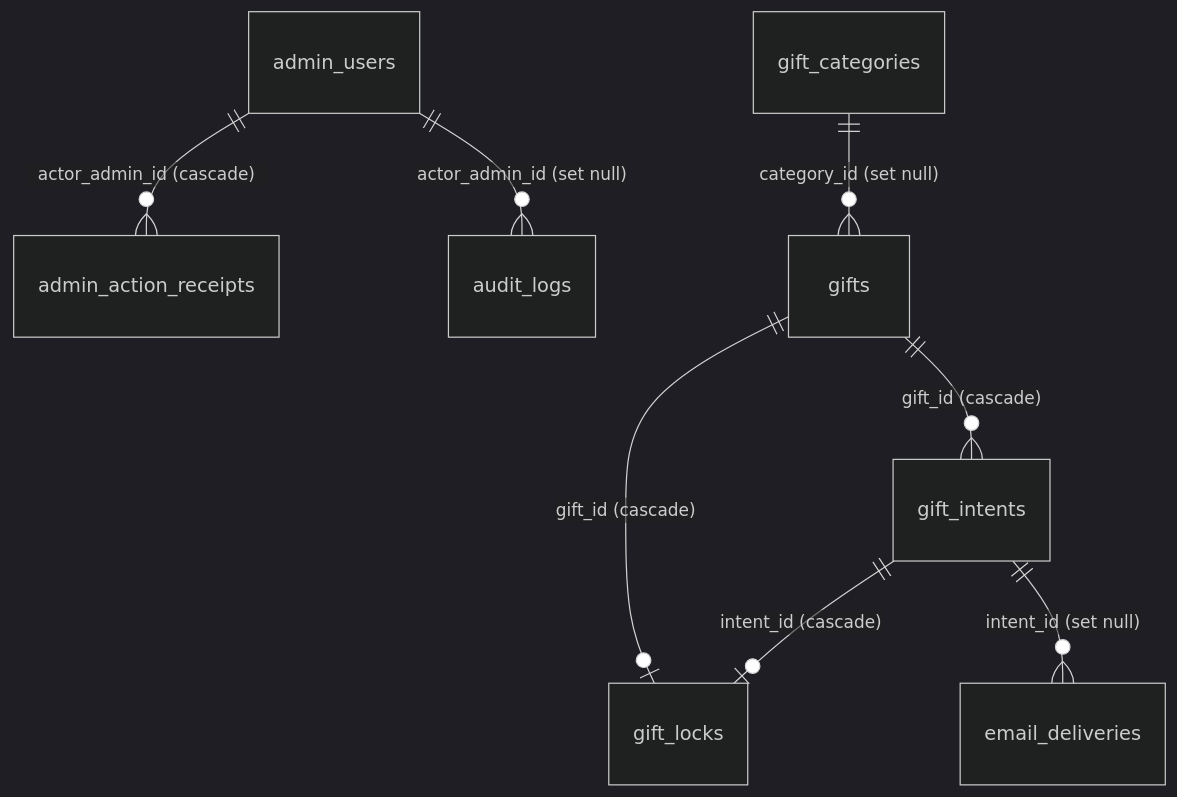
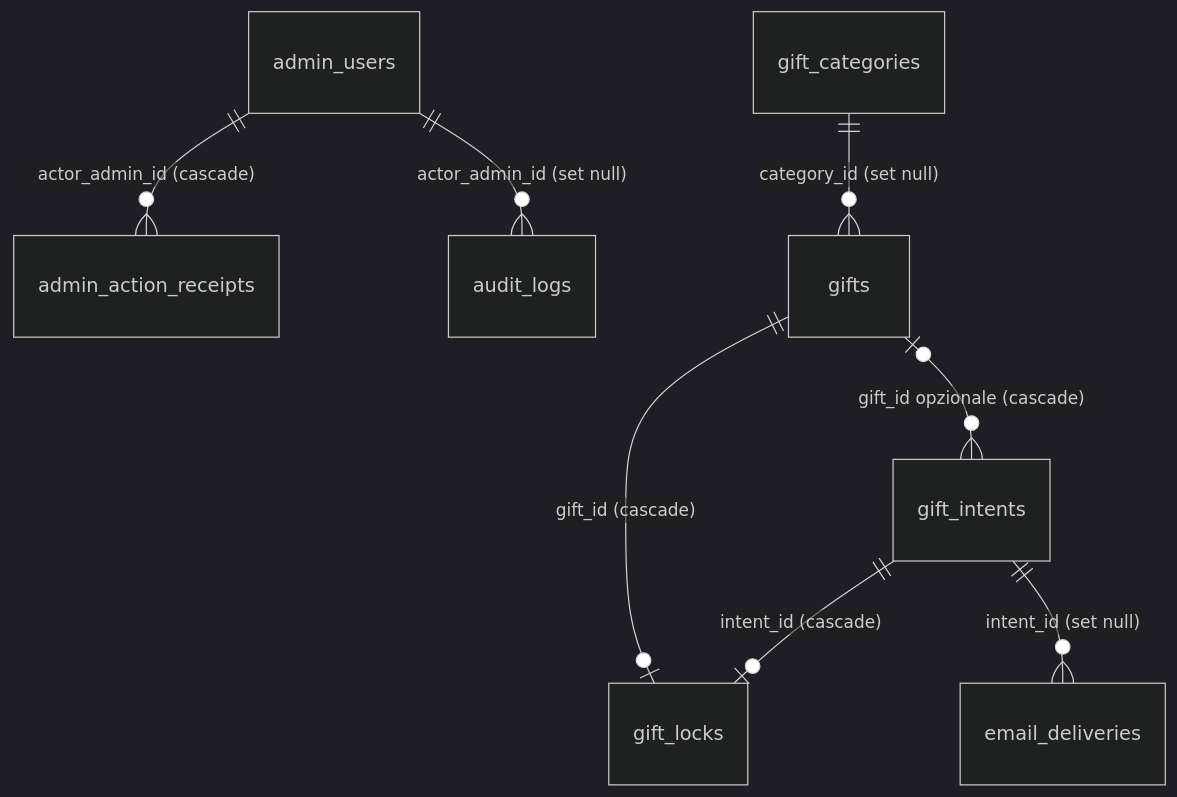
One commit to gabrielesanticchi/giuliaegabriele.love changed the diagram in docs/DATA_MODEL.md. Above: the diagram before and after it, drawn with Mermaid (dark theme). The commit also changed other lines of this file and 43 other files, not shown here.

````diff
--- a/docs/DATA_MODEL.md
+++ b/docs/DATA_MODEL.md
@@ -34,10 +34,10 @@
 ```mermaid
 erDiagram
     admin_users ||--o{ admin_action_receipts : "actor_admin_id (cascade)"
     admin_users ||--o{ audit_logs : "actor_admin_id (set null)"
     gift_categories ||--o{ gifts : "category_id (set null)"
-    gifts ||--o{ gift_intents : "gift_id (cascade)"
+    gifts o|--o{ gift_intents : "gift_id opzionale (cascade)"
     gifts ||--o| gift_locks : "gift_id (cascade)"
     gift_intents ||--o| gift_locks : "intent_id (cascade)"
     gift_intents ||--o{ email_deliveries : "intent_id (set null)"
 ```
````
